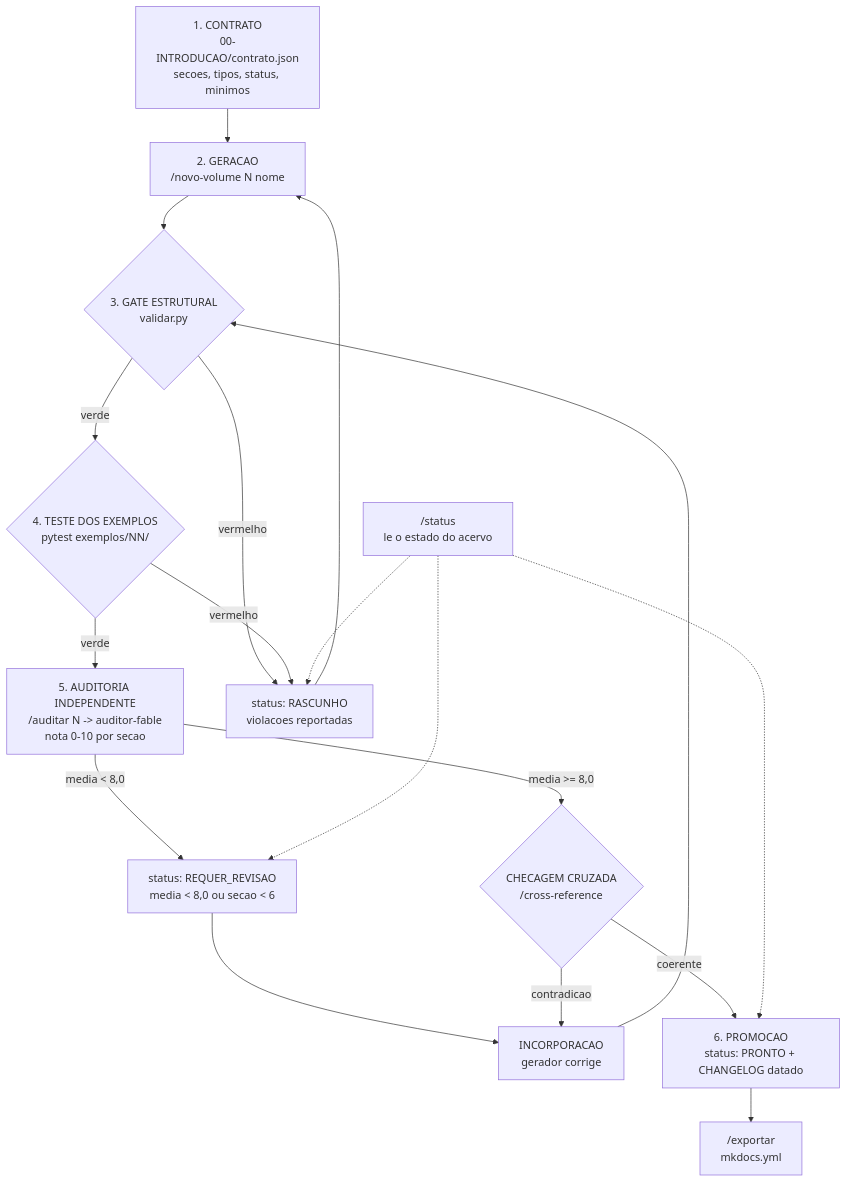
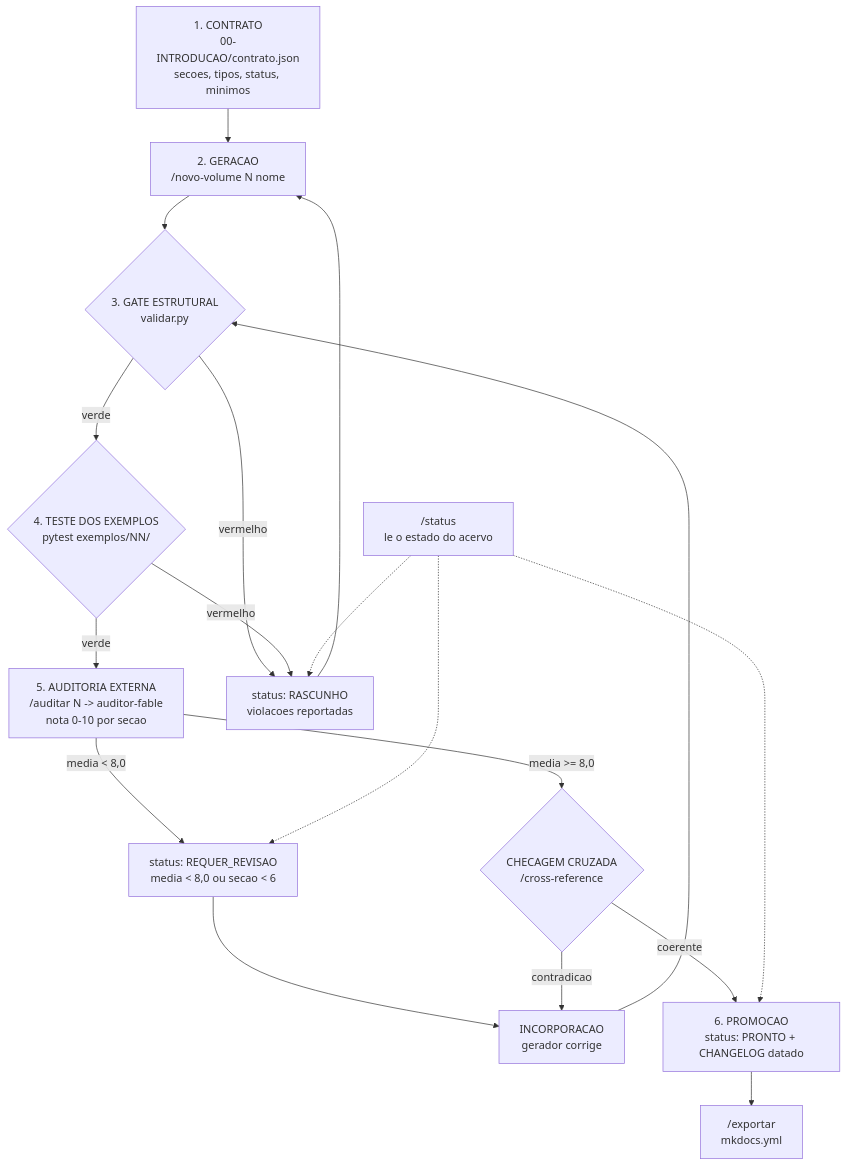
Before and after one commit to AlphaContabilidade/Plataforma-de-Engenharia-de-Projetos-de-IA: the diagram in frameworks/proprietarios/AI-ENGINEERING-FRAMEWORK.md, drawn with Mermaid. The commit also changed 53 other files, not shown here.

````diff
--- a/frameworks/proprietarios/AI-ENGINEERING-FRAMEWORK.md
+++ b/frameworks/proprietarios/AI-ENGINEERING-FRAMEWORK.md
@@ -118,29 +118,29 @@
 ```mermaid
 flowchart TD
     CT["1. CONTRATO<br/>00-INTRODUCAO/contrato.json<br/>secoes, tipos, status, minimos"]
     NV["2. GERACAO<br/>/novo-volume N nome"]
     G1{"3. GATE ESTRUTURAL<br/>validar.py"}
     G2{"4. TESTE DOS EXEMPLOS<br/>pytest exemplos/NN/"}
-    AU["5. AUDITORIA INDEPENDENTE<br/>/auditar N -> auditor-fable<br/>nota 0-10 por secao"]
+    AU["5. AUDITORIA EXTERNA<br/>/auditar N -> auditor-fable<br/>nota 0-10 por secao"]
     IN["INCORPORACAO<br/>gerador corrige"]
     G3{"CHECAGEM CRUZADA<br/>/cross-reference"}
     PR["6. PROMOCAO<br/>status: PRONTO + CHANGELOG datado"]
     EX["/exportar<br/>mkdocs.yml"]
     ST["/status<br/>le o estado do acervo"]
     RA["status: RASCUNHO<br/>violacoes reportadas"]
     RR["status: REQUER_REVISAO<br/>media < 8,0 ou secao < 6"]
 
     CT --> NV --> G1
     G1 -- "vermelho" --> RA --> NV
     G1 -- "verde" --> G2
     G2 -- "vermelho" --> RA
     G2 -- "verde" --> AU
     AU -- "media < 8,0" --> RR --> IN
     AU -- "media >= 8,0" --> G3
     IN --> G1
     G3 -- "contradicao" --> IN
     G3 -- "coerente" --> PR --> EX
     ST -.-> RA
     ST -.-> RR
     ST -.-> PR
 ```
````
